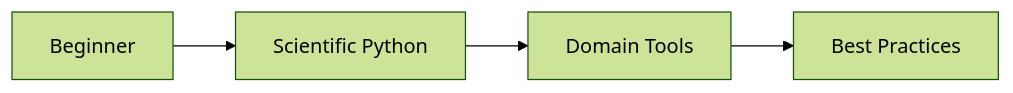
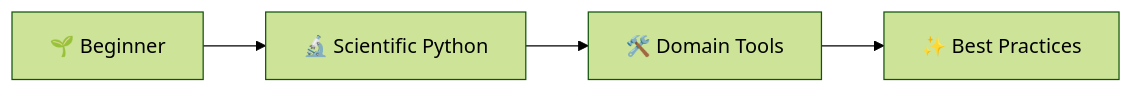
One commit to johnlavelle/python-learning-pathways changed the diagram in slides.md. Above: the diagram before and after it, drawn with Mermaid (forest theme). The commit also changed other lines of this file and 8 other files, not shown here.

````diff
--- a/slides.md
+++ b/slides.md
@@ -54,6 +65,6 @@
 ```mermaid
 graph LR
-    A[Beginner] --> B[Scientific Python]
-    B --> C[Domain Tools]
-    C --> D[Best Practices]
+    A[🌱 Beginner] --> B[🔬 Scientific Python]
+    B --> C[🛠️ Domain Tools]
+    C --> D[✨ Best Practices]
 ```
````
